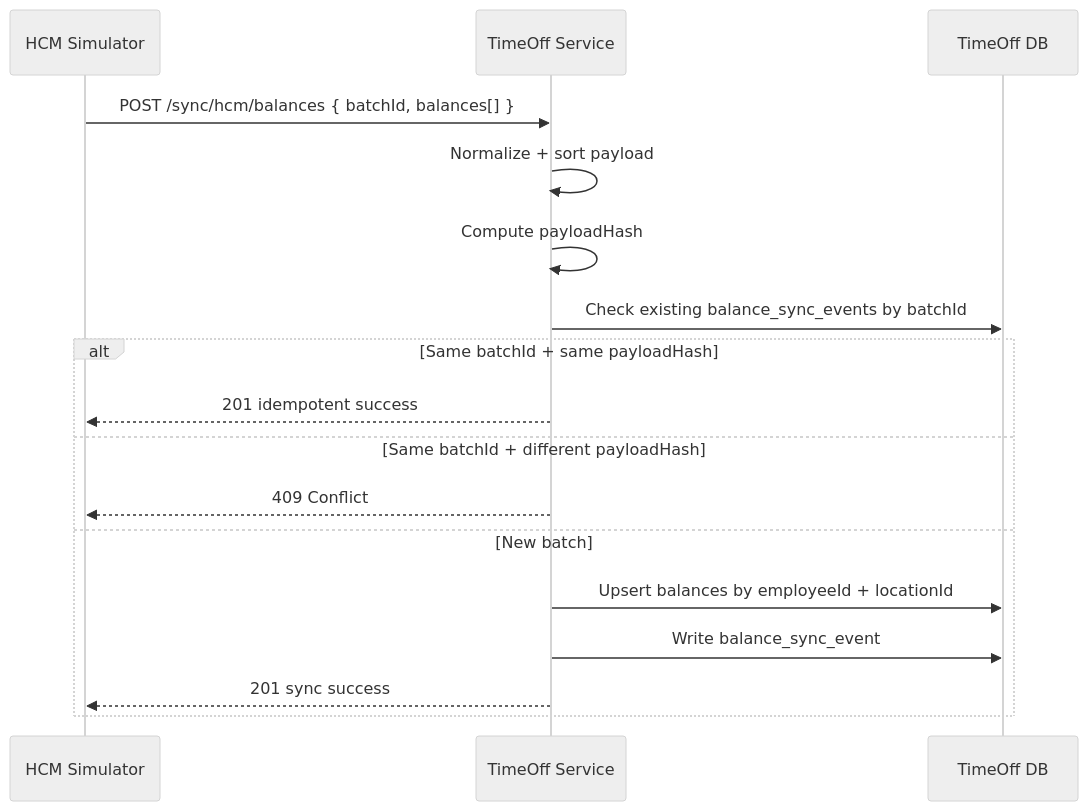
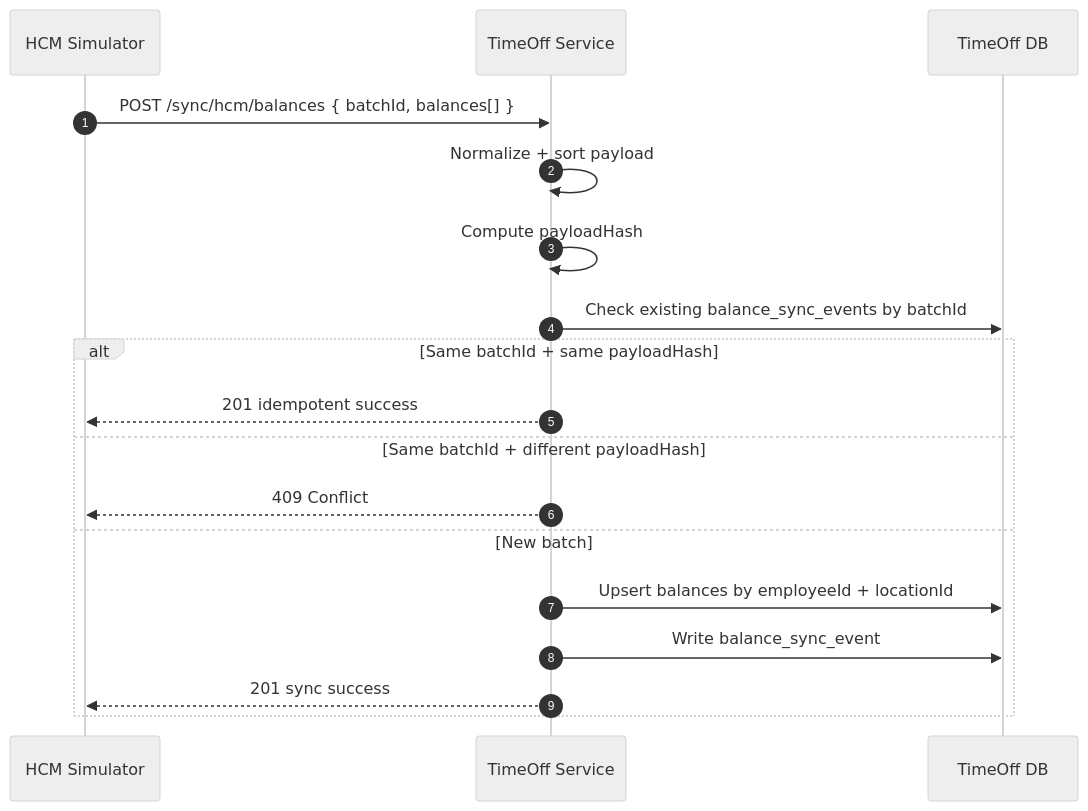
The fourth of 4 diagrams in docs/TRD.md (hanzlanouman/wizdaa_task), drawn with Mermaid (neutral theme) before and after one commit. The commit also changed other lines of this file and 10 other files, not shown here.

````diff
--- a/docs/TRD.md
+++ b/docs/TRD.md
@@ -316,21 +338,22 @@
 ```mermaid
 sequenceDiagram
-    participant H as HCM Simulator
+    autonumber
+    participant HCM as HCM Simulator
     participant TimeOff as TimeOff Service
     participant DB as TimeOff DB
 
-    H->>TimeOff: POST /sync/hcm/balances { batchId, balances[] }
+    HCM->>TimeOff: POST /sync/hcm/balances { batchId, balances[] }
     TimeOff->>TimeOff: Normalize + sort payload
     TimeOff->>TimeOff: Compute payloadHash
     TimeOff->>DB: Check existing balance_sync_events by batchId
 
     alt Same batchId + same payloadHash
-        TimeOff-->>H: 201 idempotent success
+        TimeOff-->>HCM: 201 idempotent success
     else Same batchId + different payloadHash
-        TimeOff-->>H: 409 Conflict
+        TimeOff-->>HCM: 409 Conflict
     else New batch
         TimeOff->>DB: Upsert balances by employeeId + locationId
         TimeOff->>DB: Write balance_sync_event
-        TimeOff-->>H: 201 sync success
+        TimeOff-->>HCM: 201 sync success
     end
 ```
````
